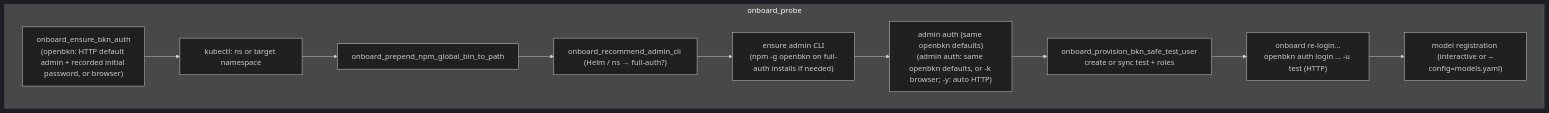
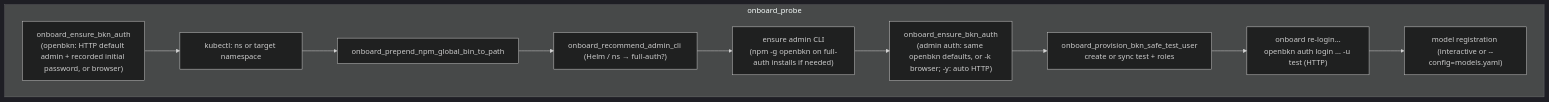
Before and after one commit to openbkn-ai/bkn-foundry: the second of 3 diagrams in help/en/install.md, drawn with Mermaid (dark theme). The commit also changed other lines of this file and 1 other file, not shown here.

Commit message:
docs(help): 收掉 #652 复评的两条非阻塞项
- 中英安装文档步骤 2/3 的函数名粒度对齐：中文步骤 2 由描述性的「ensure admin
  CLI」改回实际函数名 onboard_ensure_bkn_cli；步骤 3 的嵌套括号改为逗号分隔。
- 流程图节点 F 的文案改重复了（同一句说两遍），改为函数名 + 一句说明。

````diff
--- a/help/en/install.md
+++ b/help/en/install.md
@@ -310,13 +310,13 @@
 ```mermaid
 flowchart TB
   subgraph probe["onboard_probe"]
     A["onboard_ensure_bkn_auth\n(openbkn: HTTP default admin + recorded initial password, or browser)"] --> B["kubectl: ns or target namespace"]
     B --> C["onboard_prepend_npm_global_bin_to_path"]
     C --> D["onboard_recommend_admin_cli (Helm / ns → full-auth?)"]
     D --> E["ensure admin CLI\n(npm -g openbkn on full-auth installs if needed)"]
-    E --> F["admin auth (same openbkn defaults)\n(admin auth: same openbkn defaults, or -k browser; -y: auto HTTP)"]
+    E --> F["onboard_ensure_bkn_auth\n(admin auth: same openbkn defaults, or -k browser; -y: auto HTTP)"]
     F --> G1["onboard_provision_bkn_safe_test_user\ncreate or sync test + roles"]
     G1 --> G2["onboard re-login…\nopenbkn auth login … -u test (HTTP)"]
     G2 --> H["model registration (interactive or --config=models.yaml)"]
   end
 ```
````
